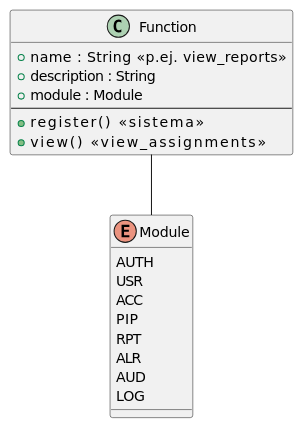
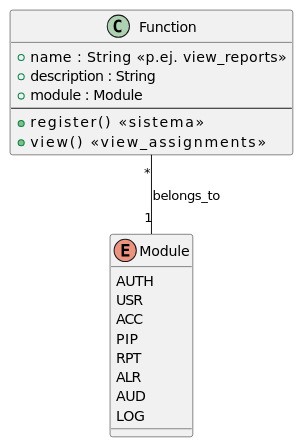
Before and after one commit to jcg-admin/IACT-docs: the diagram in source/arquitectura-tecnica/domain-model/function.rst, drawn with PlantUML. The commit also changed 27 other files, not shown here.

First line of the commit message:
Apply UML rigor pass batch 2: Audit + Alerts + RBAC repos

```diff
--- a/source/arquitectura-tecnica/domain-model/function.rst
+++ b/source/arquitectura-tecnica/domain-model/function.rst
@@ -25,28 +25,28 @@
 .. uml::
  :caption: Clase Function — unidad atomica de permiso RBAC.
 
  @startuml
 
  class Function {
    + name : String          <<p.ej. view_reports>>
    + description : String
    + module : Module
    --
    + register()             <<sistema>>
    + view()                 <<view_assignments>>
  }
 
  enum Module {
    AUTH
    USR
    ACC
    PIP
    RPT
    ALR
    AUD
    LOG
  }
 
- Function -- Module
+ Function "*" -- "1" Module : belongs_to
 
  @enduml
```
